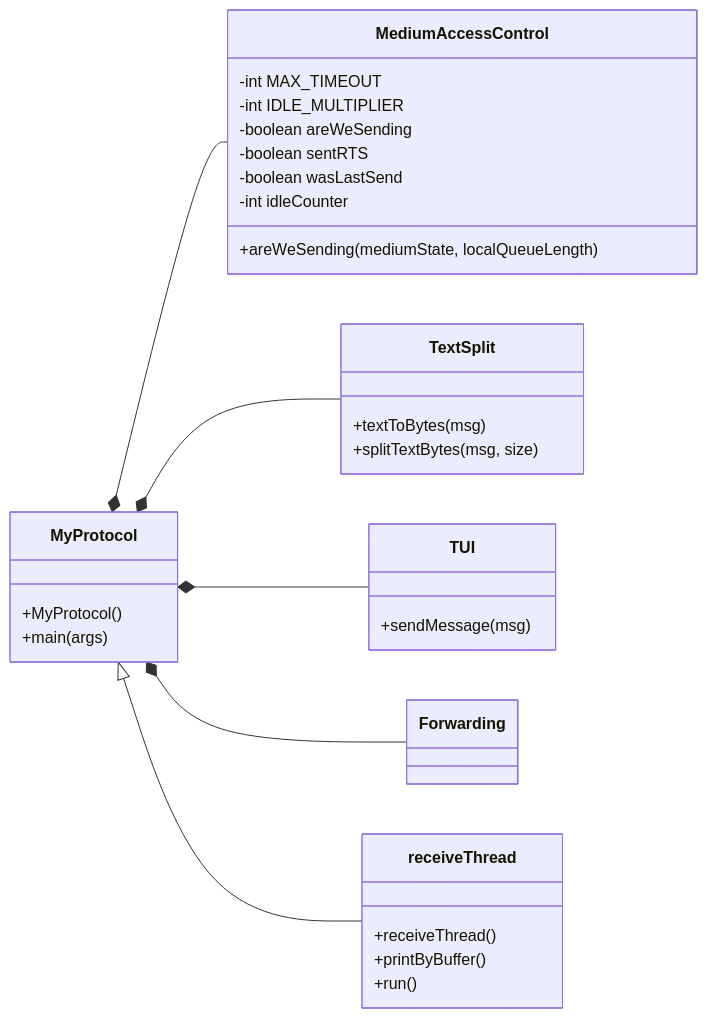
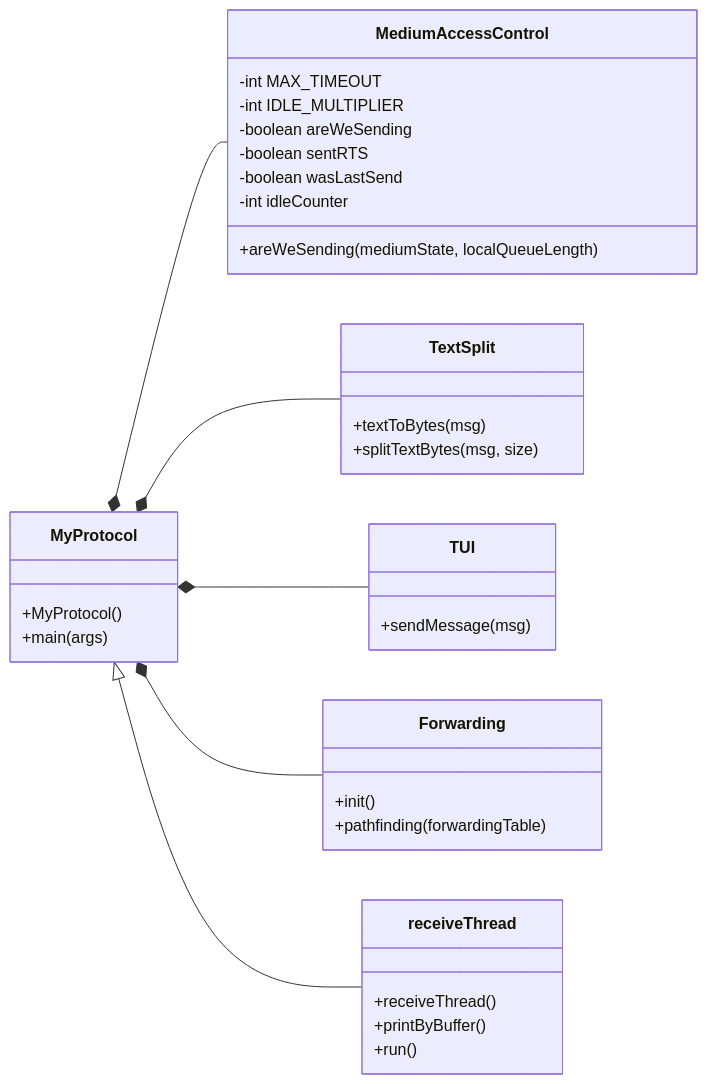
Before and after one commit to Traydr/ut-tcs-m3-project-100: the diagram in planning.md, drawn with Mermaid.

Commit message:
Adding functions to Forwarding

````diff
--- a/planning.md
+++ b/planning.md
@@ -1,45 +1,46 @@
 ```mermaid
 classDiagram
     direction LR
     
     class MyProtocol {
         +MyProtocol()
         +main(args)
     }
     
     class MediumAccessControl{
         -int MAX_TIMEOUT
         -int IDLE_MULTIPLIER    
         -boolean areWeSending
         -boolean sentRTS
         -boolean wasLastSend
         -int idleCounter
         
         +areWeSending(mediumState, localQueueLength)
     }
     
     class TextSplit{
         +textToBytes(msg)
         +splitTextBytes(msg, size)
     }
     
     class TUI {
         +sendMessage(msg)
     }
     
     class Forwarding{
-    
+        +init()
+        +pathfinding(forwardingTable)
     }
     
     class receiveThread{
         +receiveThread()
         +printByBuffer()
         +run()
     }
     
     MyProtocol *-- MediumAccessControl
     MyProtocol *-- TextSplit
     MyProtocol *-- TUI
     MyProtocol *-- Forwarding
     MyProtocol <|-- receiveThread
 ```
````
